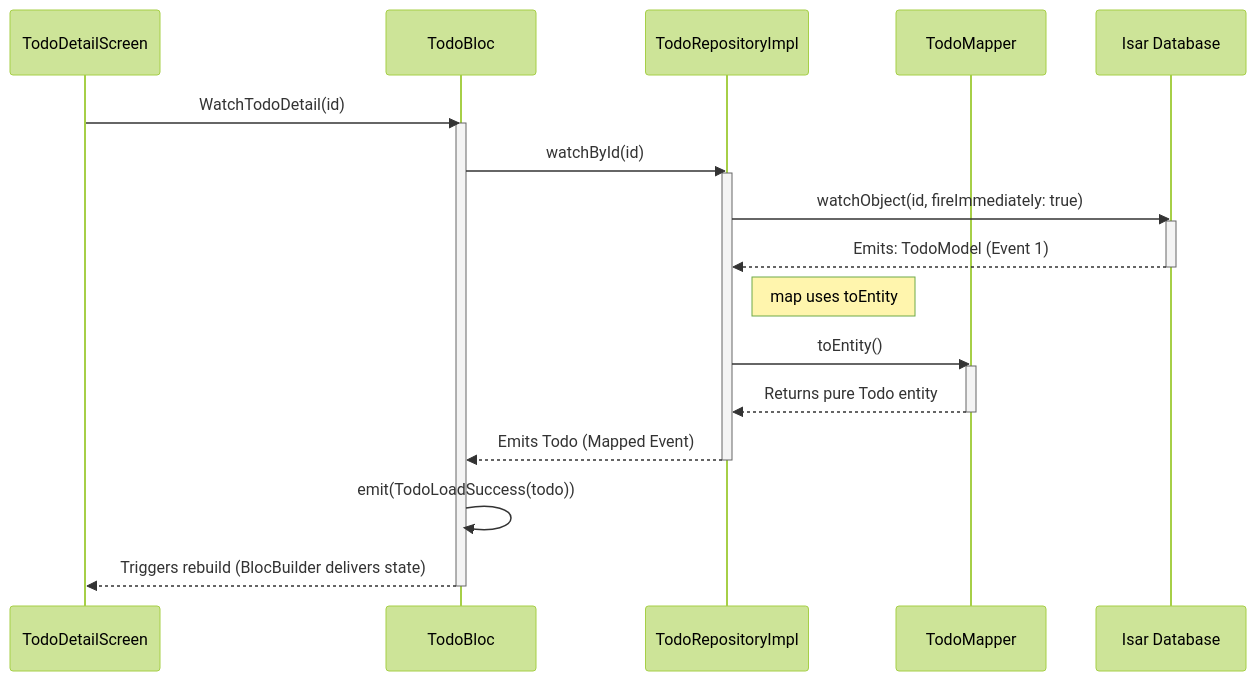
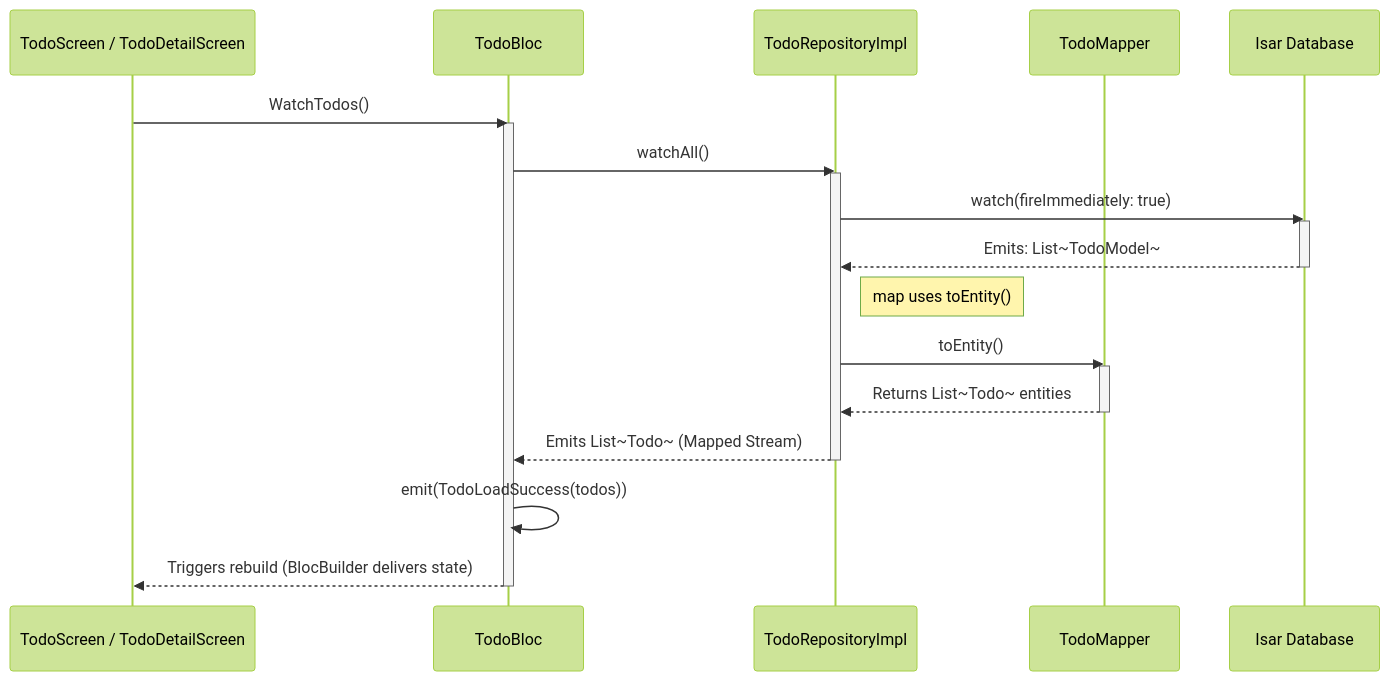
The second of 2 diagrams in README.md (EKER-Studio/flutter_bloc_template), drawn with Mermaid (forest theme) before and after one commit. The commit also changed other lines of this file, not shown here.

Commit message:
docs(architecture): align README with actual BLoC sharing and routing implementation

````diff
--- a/README.md
+++ b/README.md
@@ -173,31 +173,31 @@
 ```mermaid
 sequenceDiagram
-    participant UI as TodoDetailScreen
+    participant UI as TodoScreen / TodoDetailScreen
     participant Bloc as TodoBloc
     participant Repo as TodoRepositoryImpl
     participant Mapper as TodoMapper
     participant DB as Isar Database
 
-    UI->>Bloc: WatchTodoDetail(id)
+    UI->>Bloc: WatchTodos()
     activate Bloc
-    Bloc->>Repo: watchById(id)
+    Bloc->>Repo: watchAll()
     activate Repo
-    Repo->>DB: watchObject(id, fireImmediately: true)
+    Repo->>DB: watch(fireImmediately: true)
     activate DB
-    DB-->>Repo: Emits: TodoModel (Event 1)
+    DB-->>Repo: Emits: List~TodoModel~
     deactivate DB
     
-    note right of Repo: map uses toEntity
+    note right of Repo: map uses toEntity()
     
     Repo->>Mapper: toEntity()
     activate Mapper
-    Mapper-->>Repo: Returns pure Todo entity
+    Mapper-->>Repo: Returns List~Todo~ entities
     deactivate Mapper
     
-    Repo-->>Bloc: Emits Todo (Mapped Event)
+    Repo-->>Bloc: Emits List~Todo~ (Mapped Stream)
     deactivate Repo
     
-    Bloc->>Bloc: emit(TodoLoadSuccess(todo))
+    Bloc->>Bloc: emit(TodoLoadSuccess(todos))
     Bloc-->>UI: Triggers rebuild (BlocBuilder delivers state)
     deactivate Bloc
 ```
````
